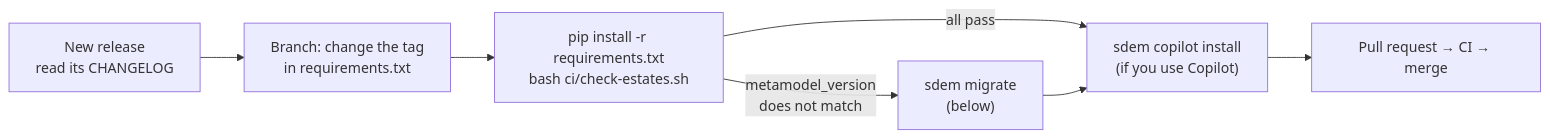
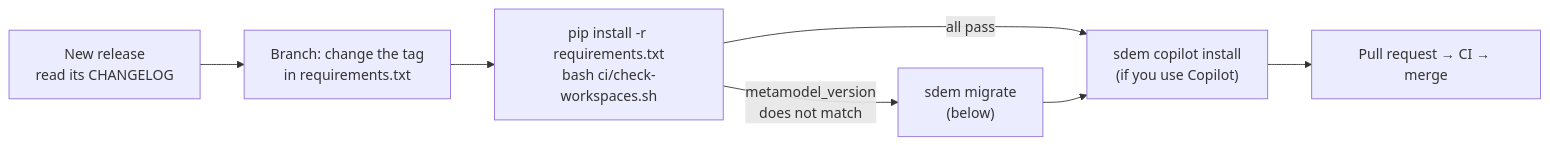
Before and after one commit to taumoeps/bian-sdem-framework: the diagram in docs/sdem-administration.md, drawn with Mermaid. The commit also changed other lines of this file and 155 other files, not shown here.

````diff
--- a/docs/sdem-administration.md
+++ b/docs/sdem-administration.md
@@ -17,9 +17,9 @@
 ```mermaid
 flowchart LR
     A["New release<br/>read its CHANGELOG"] --> B["Branch: change the tag<br/>in requirements.txt"]
-    B --> C["pip install -r requirements.txt<br/>bash ci/check-estates.sh"]
+    B --> C["pip install -r requirements.txt<br/>bash ci/check-workspaces.sh"]
     C -->|"metamodel_version<br/>does not match"| D["sdem migrate<br/>(below)"]
     C -->|"all pass"| E["sdem copilot install<br/>(if you use Copilot)"]
     D --> E
     E --> F["Pull request → CI → merge"]
 ```
````
